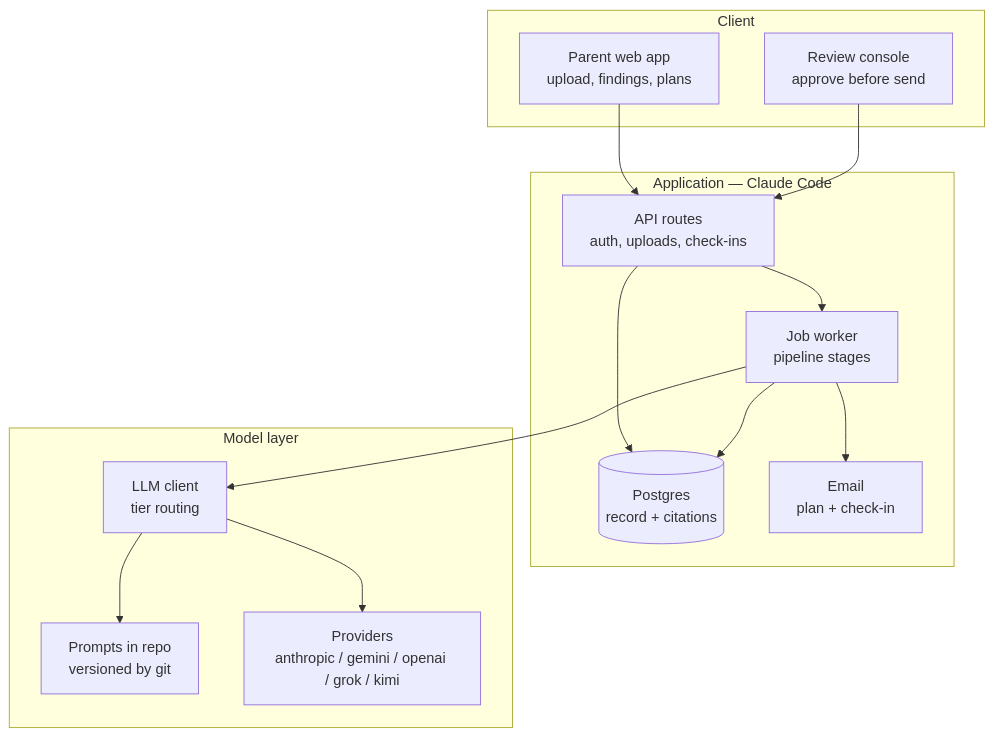
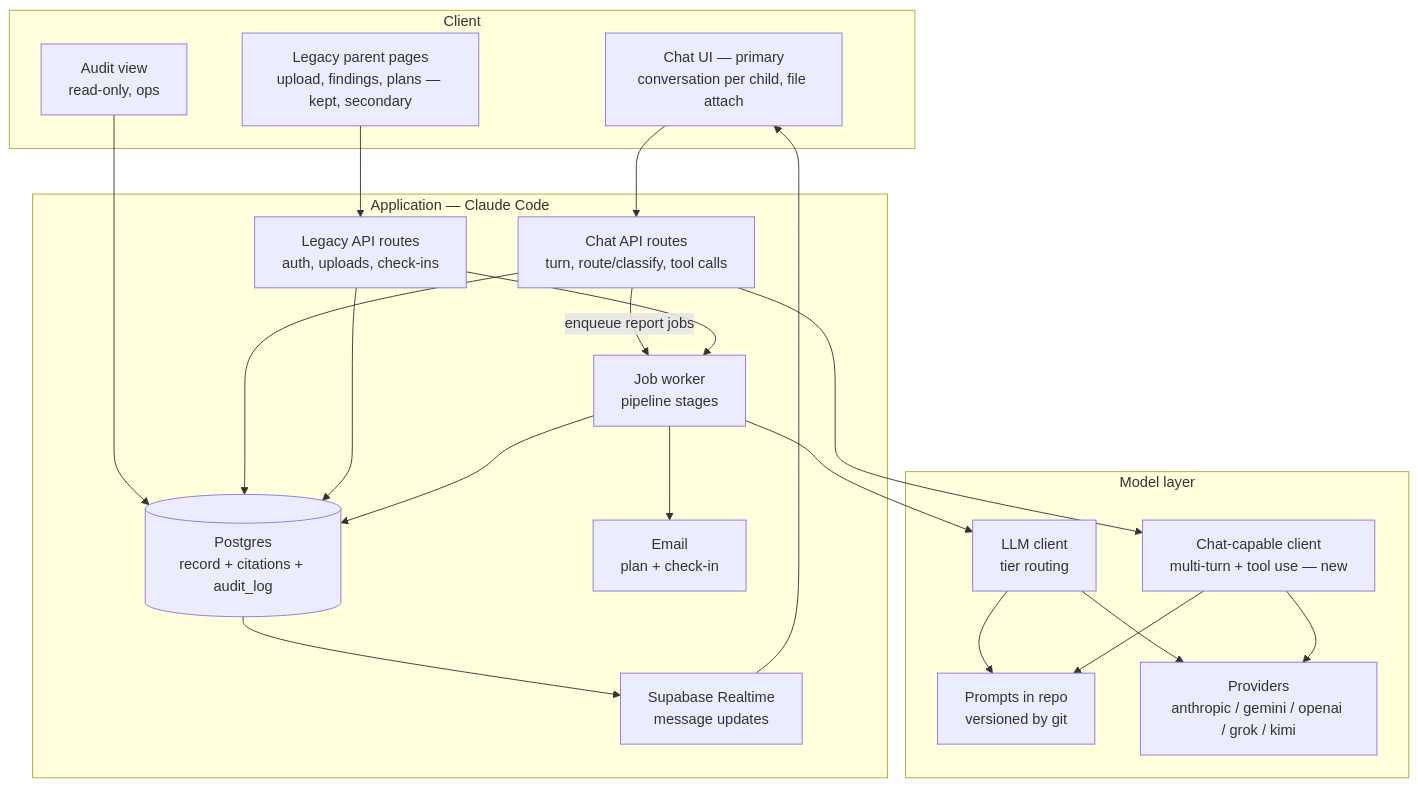
The diagram in docs/engineering/engineering-doc.md (sahil1808agg/edtech-NurtureOS), drawn with Mermaid before and after one commit. The commit also changed other lines of this file and 53 other files, not shown here.

First line of the commit message:
Chat-primary pivot: thread, report attachment, direct-apply tools, routing, live updates, audit view, observability

````diff
--- a/docs/engineering/engineering-doc.md
+++ b/docs/engineering/engineering-doc.md
@@ -39,26 +55,36 @@
 ```mermaid
 flowchart TB
     subgraph client[Client]
-        PW[Parent web app<br/>upload, findings, plans]
-        RC[Review console<br/>approve before send]
+        CH[Chat UI — primary<br/>conversation per child, file attach]
+        PW[Legacy parent pages<br/>upload, findings, plans — kept, secondary]
+        AU[Audit view<br/>read-only, ops]
     end
     subgraph app[Application — Claude Code]
-        API[API routes<br/>auth, uploads, check-ins]
+        CAPI[Chat API routes<br/>turn, route/classify, tool calls]
+        API[Legacy API routes<br/>auth, uploads, check-ins]
         W[Job worker<br/>pipeline stages]
-        DB[(Postgres<br/>record + citations)]
+        DB[(Postgres<br/>record + citations + audit_log)]
+        RT[Supabase Realtime<br/>message updates]
         EM[Email<br/>plan + check-in]
     end
     subgraph llm[Model layer]
         LC[LLM client<br/>tier routing]
+        LCC[Chat-capable client<br/>multi-turn + tool use — new]
         PR[Prompts in repo<br/>versioned by git]
         PV[Providers<br/>anthropic / gemini / openai / grok / kimi]
     end
+    CH --> CAPI
     PW --> API
-    RC --> API
+    AU --> DB
+    CAPI --> DB
+    CAPI --> LCC
+    CAPI -- enqueue report jobs --> W
     API --> DB
     API --> W
     W --> DB
     W --> LC
     LC --> PR & PV
+    LCC --> PR & PV
     W --> EM
+    DB --> RT --> CH
 ```
````
